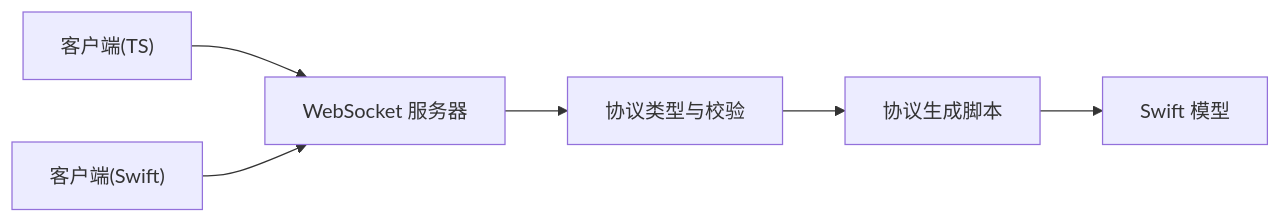
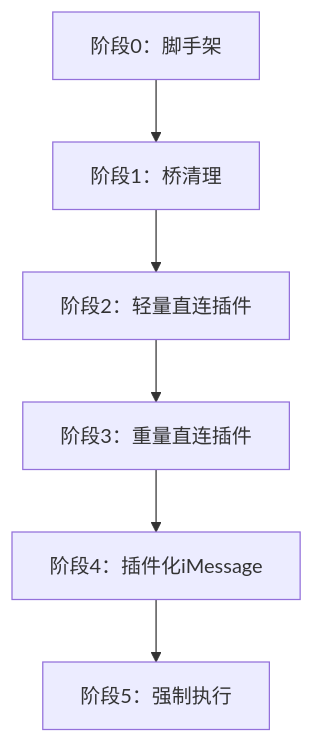
One commit to HACK-WU/openclaw changed the sixth of 8 diagrams in .qoder/repowiki/zh/content/API参考/API参考.md. Above: the diagram before and after it, drawn with Mermaid. The commit also changed other lines of this file and 549 other files, not shown here.

````diff
--- a/.qoder/repowiki/zh/content/API参考/API参考.md
+++ b/.qoder/repowiki/zh/content/API参考/API参考.md
@@ -376,8 +319,8 @@
 ```mermaid
-graph LR
-ClientTS["客户端(TS)"] --> WS["WebSocket 服务器"]
-ClientSwift["客户端(Swift)"] --> WS
-WS --> Types["协议类型与校验"]
-Types --> Gen["协议生成脚本"]
-Gen --> SwiftModels["Swift 模型"]
+flowchart TD
+Phase0["阶段0：脚手架"] --> Phase1["阶段1：桥清理"]
+Phase1 --> Phase2["阶段2：轻量直连插件"]
+Phase2 --> Phase3["阶段3：重量直连插件"]
+Phase3 --> Phase4["阶段4：插件化iMessage"]
+Phase4 --> Phase5["阶段5：强制执行"]
 ```
````
